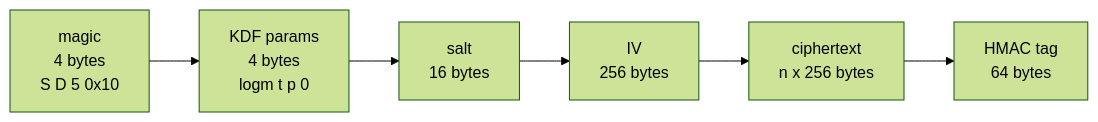
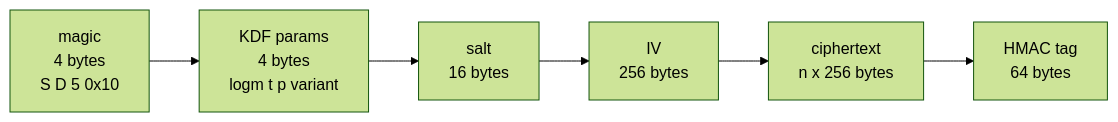
One commit to avw1ein/sillydes changed the eighth of 10 diagrams in STRUCTURE.md. Above: the diagram before and after it, drawn with Mermaid (forest theme). The commit also changed other lines of this file and 21 other files, not shown here.

````diff
--- a/STRUCTURE.md
+++ b/STRUCTURE.md
@@ -331,4 +332,4 @@
 ```mermaid
 flowchart LR
-    A["magic<br/>4 bytes<br/>S D 5 0x10"] --> B["KDF params<br/>4 bytes<br/>logm t p 0"] --> C["salt<br/>16 bytes"] --> D["IV<br/>256 bytes"] --> E["ciphertext<br/>n x 256 bytes"] --> F["HMAC tag<br/>64 bytes"]
+    A["magic<br/>4 bytes<br/>S D 5 0x10"] --> B["KDF params<br/>4 bytes<br/>logm t p variant"] --> C["salt<br/>16 bytes"] --> D["IV<br/>256 bytes"] --> E["ciphertext<br/>n x 256 bytes"] --> F["HMAC tag<br/>64 bytes"]
 ```
````
